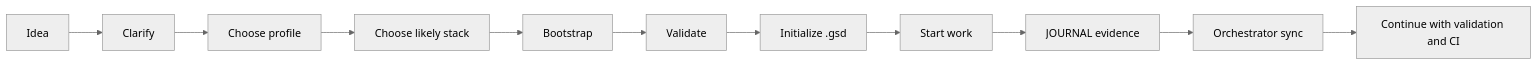
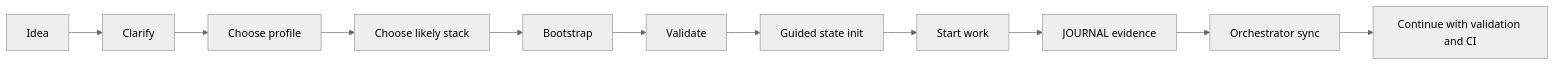
The first of 2 diagrams in docs/IDEA_TO_PROJECT_GUIDE.md (cybervirtu/apw), drawn with Mermaid (neutral theme) before and after one commit. The commit also changed other lines of this file and 17 other files, not shown here.

Commit message:
phase-4.0: add guided project-state initialization flow

````diff
--- a/docs/IDEA_TO_PROJECT_GUIDE.md
+++ b/docs/IDEA_TO_PROJECT_GUIDE.md
@@ -43,13 +43,13 @@
 ```mermaid
 flowchart LR
     A[Idea] --> B[Clarify]
     B --> C[Choose profile]
     C --> D[Choose likely stack]
     D --> E[Bootstrap]
     E --> F[Validate]
-    F --> G[Initialize .gsd]
+    F --> G[Guided state init]
     G --> H[Start work]
     H --> I[JOURNAL evidence]
     I --> J[Orchestrator sync]
     J --> K[Continue with validation and CI]
 ```
````
